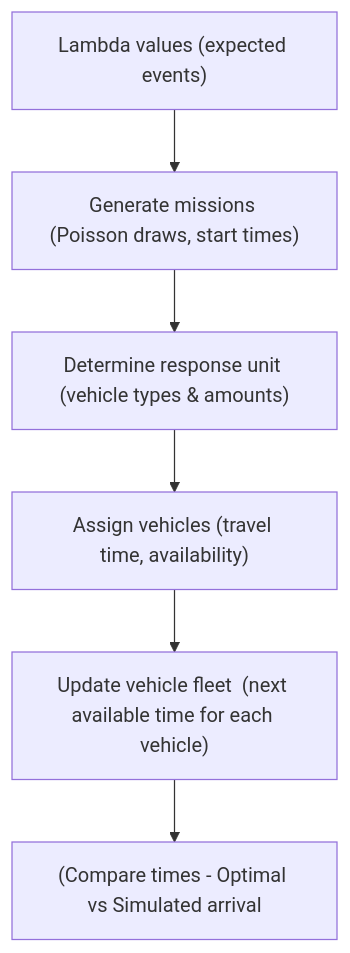
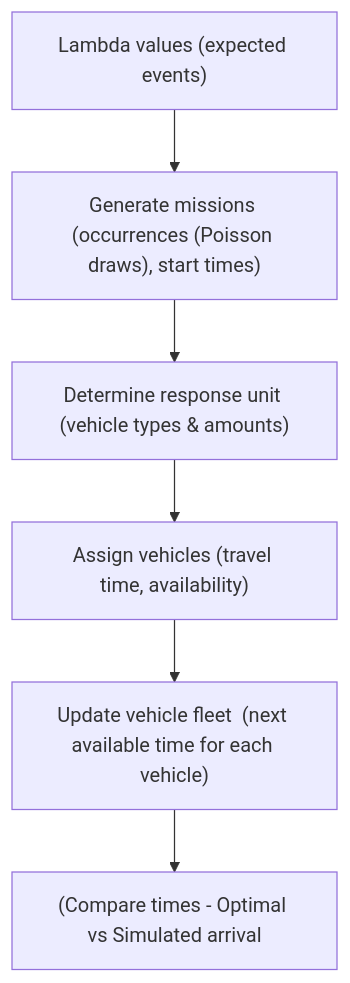
The second of 2 diagrams in README.md (filipkristoferssonVTI/CERTAIN), drawn with Mermaid before and after one commit. The commit also changed other lines of this file, not shown here.

````diff
--- a/README.md
+++ b/README.md
@@ -100,8 +98,8 @@
 ```mermaid
 graph TD
-    L["Lambda values (expected events)"] --> M["Generate missions (Poisson draws, start times)"]
+    L["Lambda values (expected events)"] --> M["Generate missions (occurrences (Poisson draws), start times)"]
     M --> RU["Determine response unit (vehicle types & amounts)"]
     RU --> UV["Assign vehicles (travel time, availability)"]
     UV --> AV["Update vehicle fleet  (next available time for each vehicle)"]
     AV --> COMP["(Compare times - Optimal vs Simulated arrival"]
 ```
````
